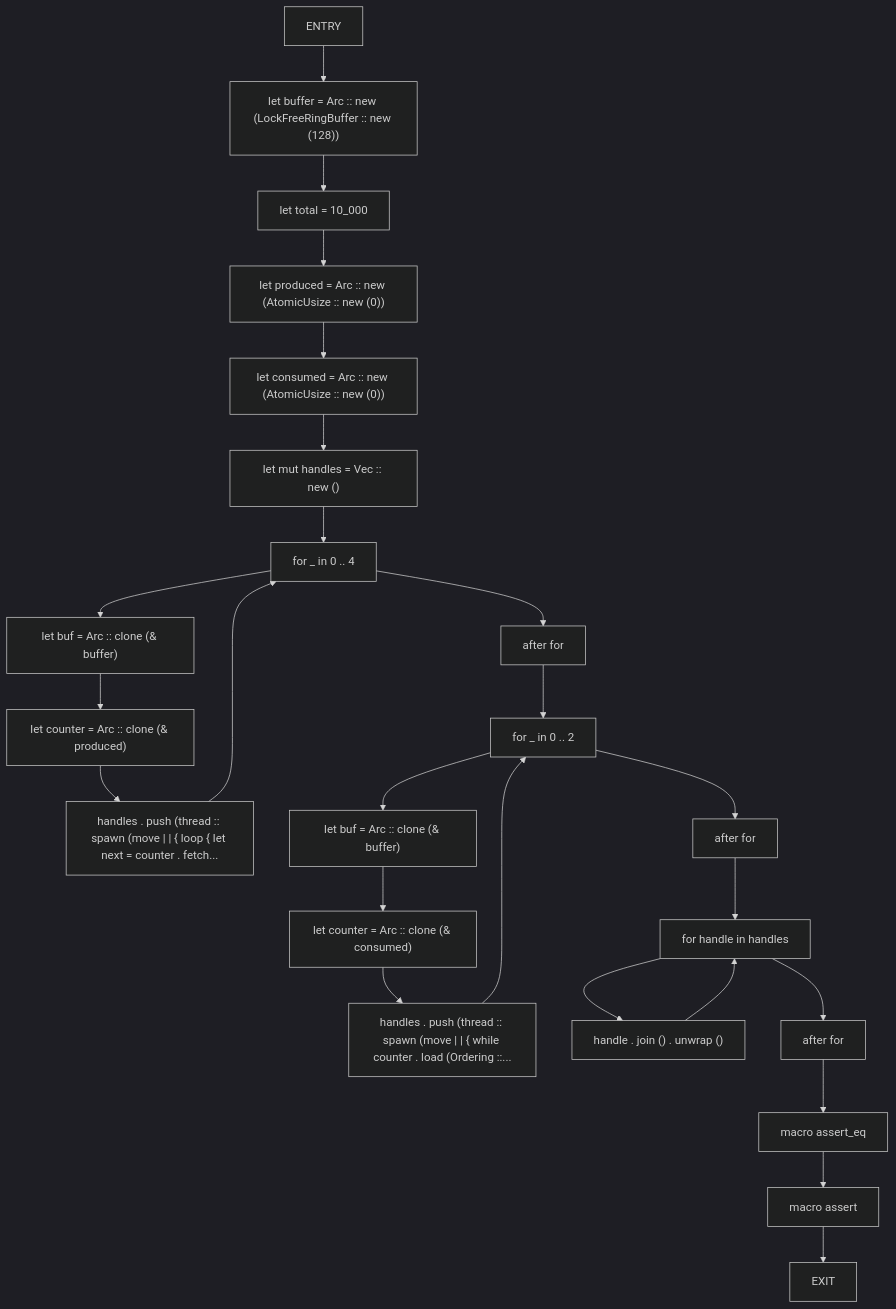
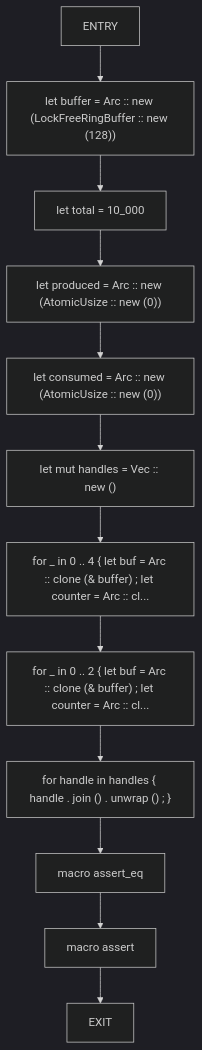
Diagram 18 of 20 in docs/analysis/cfg/040-src-04_propagation.md (cicero-violate/MMSB), drawn with Mermaid (dark theme) before and after one commit. The commit also changed other lines of this file and 865 other files, not shown here.

````diff
--- a/docs/analysis/cfg/040-src-04_propagation.md
+++ b/docs/analysis/cfg/040-src-04_propagation.md
@@ -527,49 +426,26 @@
 ```mermaid
 flowchart TD
     test_concurrent_producers_consumers_0["ENTRY"]
     test_concurrent_producers_consumers_1["let buffer = Arc :: new (LockFreeRingBuffer :: new (128))"]
     test_concurrent_producers_consumers_2["let total = 10_000"]
     test_concurrent_producers_consumers_3["let produced = Arc :: new (AtomicUsize :: new (0))"]
     test_concurrent_producers_consumers_4["let consumed = Arc :: new (AtomicUsize :: new (0))"]
     test_concurrent_producers_consumers_5["let mut handles = Vec :: new ()"]
-    test_concurrent_producers_consumers_6["for _ in 0 .. 4"]
-    test_concurrent_producers_consumers_7["let buf = Arc :: clone (& buffer)"]
-    test_concurrent_producers_consumers_8["let counter = Arc :: clone (& produced)"]
-    test_concurrent_producers_consumers_9["handles . push (thread :: spawn (move | | { loop { let next = counter . fetch..."]
-    test_concurrent_producers_consumers_10["after for"]
-    test_concurrent_producers_consumers_11["for _ in 0 .. 2"]
-    test_concurrent_producers_consumers_12["let buf = Arc :: clone (& buffer)"]
-    test_concurrent_producers_consumers_13["let counter = Arc :: clone (& consumed)"]
-    test_concurrent_producers_consumers_14["handles . push (thread :: spawn (move | | { while counter . load (Ordering ::..."]
-    test_concurrent_producers_consumers_15["after for"]
-    test_concurrent_producers_consumers_16["for handle in handles"]
-    test_concurrent_producers_consumers_17["handle . join () . unwrap ()"]
-    test_concurrent_producers_consumers_18["after for"]
-    test_concurrent_producers_consumers_19["macro assert_eq"]
-    test_concurrent_producers_consumers_20["macro assert"]
-    test_concurrent_producers_consumers_21["EXIT"]
+    test_concurrent_producers_consumers_6["for _ in 0 .. 4 { let buf = Arc :: clone (& buffer) ; let counter = Arc :: cl..."]
+    test_concurrent_producers_consumers_7["for _ in 0 .. 2 { let buf = Arc :: clone (& buffer) ; let counter = Arc :: cl..."]
+    test_concurrent_producers_consumers_8["for handle in handles { handle . join () . unwrap () ; }"]
+    test_concurrent_producers_consumers_9["macro assert_eq"]
+    test_concurrent_producers_consumers_10["macro assert"]
+    test_concurrent_producers_consumers_11["EXIT"]
     test_concurrent_producers_consumers_0 --> test_concurrent_producers_consumers_1
     test_concurrent_producers_consumers_1 --> test_concurrent_producers_consumers_2
     test_concurrent_producers_consumers_2 --> test_concurrent_producers_consumers_3
     test_concurrent_producers_consumers_3 --> test_concurrent_producers_consumers_4
     test_concurrent_producers_consumers_4 --> test_concurrent_producers_consumers_5
     test_concurrent_producers_consumers_5 --> test_concurrent_producers_consumers_6
     test_concurrent_producers_consumers_6 --> test_concurrent_producers_consumers_7
     test_concurrent_producers_consumers_7 --> test_concurrent_producers_consumers_8
     test_concurrent_producers_consumers_8 --> test_concurrent_producers_consumers_9
-    test_concurrent_producers_consumers_9 --> test_concurrent_producers_consumers_6
-    test_concurrent_producers_consumers_6 --> test_concurrent_producers_consumers_10
+    test_concurrent_producers_consumers_9 --> test_concurrent_producers_consumers_10
     test_concurrent_producers_consumers_10 --> test_concurrent_producers_consumers_11
-    test_concurrent_producers_consumers_11 --> test_concurrent_producers_consumers_12
-    test_concurrent_producers_consumers_12 --> test_concurrent_producers_consumers_13
-    test_concurrent_producers_consumers_13 --> test_concurrent_producers_consumers_14
-    test_concurrent_producers_consumers_14 --> test_concurrent_producers_consumers_11
-    test_concurrent_producers_consumers_11 --> test_concurrent_producers_consumers_15
-    test_concurrent_producers_consumers_15 --> test_concurrent_producers_consumers_16
-    test_concurrent_producers_consumers_16 --> test_concurrent_producers_consumers_17
-    test_concurrent_producers_consumers_17 --> test_concurrent_producers_consumers_16
-    test_concurrent_producers_consumers_16 --> test_concurrent_producers_consumers_18
-    test_concurrent_producers_consumers_18 --> test_concurrent_producers_consumers_19
-    test_concurrent_producers_consumers_19 --> test_concurrent_producers_consumers_20
-    test_concurrent_producers_consumers_20 --> test_concurrent_producers_consumers_21
 ```
````
